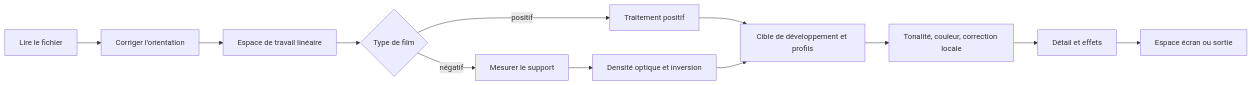
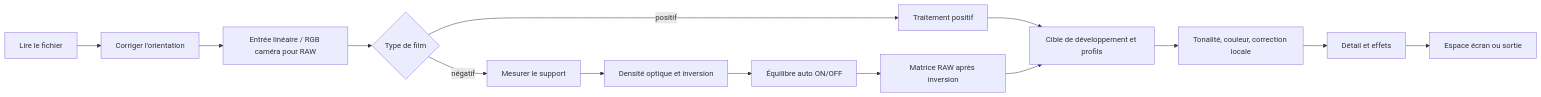
Before and after one commit to habinsong/negaflow: the diagram in docs/fr/product/CHROMA_ENGINE.md, drawn with Mermaid. The commit also changed other lines of this file and 142 other files, not shown here.

````diff
--- a/docs/fr/product/CHROMA_ENGINE.md
+++ b/docs/fr/product/CHROMA_ENGINE.md
@@ -28,14 +28,14 @@
 ```mermaid
 flowchart LR
     A["Lire le fichier"] --> B["Corriger l'orientation"]
-    B --> C["Espace de travail linéaire"]
+    B --> C["Entrée linéaire / RGB caméra pour RAW"]
     C --> D{"Type de film"}
     D -->|positif| E["Traitement positif"]
     D -->|négatif| F["Mesurer le support"]
     F --> G["Densité optique et inversion"]
     E --> H["Cible de développement et profils"]
-    G --> H
+    G --> AB["Équilibre auto ON/OFF"] --> M["Matrice RAW après inversion"] --> H
     H --> I["Tonalité, couleur, correction locale"]
     I --> J["Détail et effets"]
     J --> K["Espace écran ou sortie"]
 ```
````
